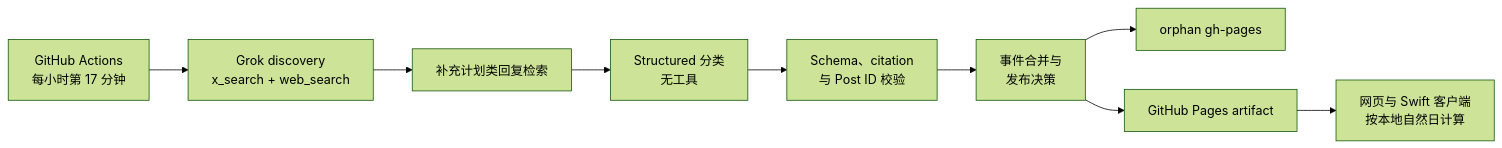
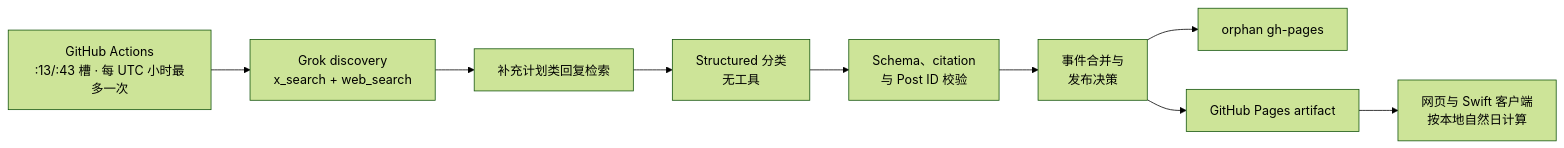
One commit to Licoy/CodexRunway changed the diagram in api/hasreset/README.md. Above: the diagram before and after it, drawn with Mermaid (forest theme). The commit also changed other lines of this file and 3 other files, not shown here.

````diff
--- a/api/hasreset/README.md
+++ b/api/hasreset/README.md
@@ -13,11 +13,11 @@
 ```mermaid
 flowchart LR
-    schedule["GitHub Actions<br/>每小时第 17 分钟"] --> discover["Grok discovery<br/>x_search + web_search"]
+    schedule["GitHub Actions<br/>:13/:43 槽 · 每 UTC 小时最多一次"] --> discover["Grok discovery<br/>x_search + web_search"]
     discover --> replies["补充计划类回复检索"]
     replies --> classify["Structured 分类<br/>无工具"]
     classify --> verify["Schema、citation<br/>与 Post ID 校验"]
     verify --> state["事件合并与<br/>发布决策"]
     state --> branch["orphan gh-pages"]
     state --> pages["GitHub Pages artifact"]
     pages --> clients["网页与 Swift 客户端<br/>按本地自然日计算"]
 ```
````
